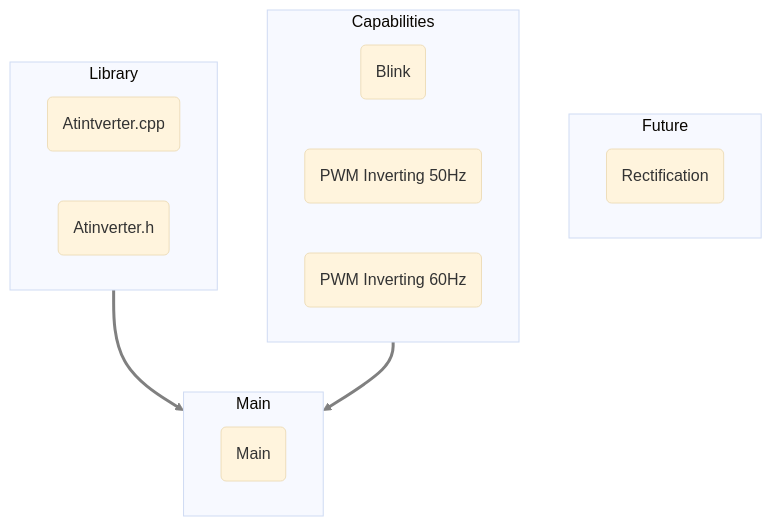
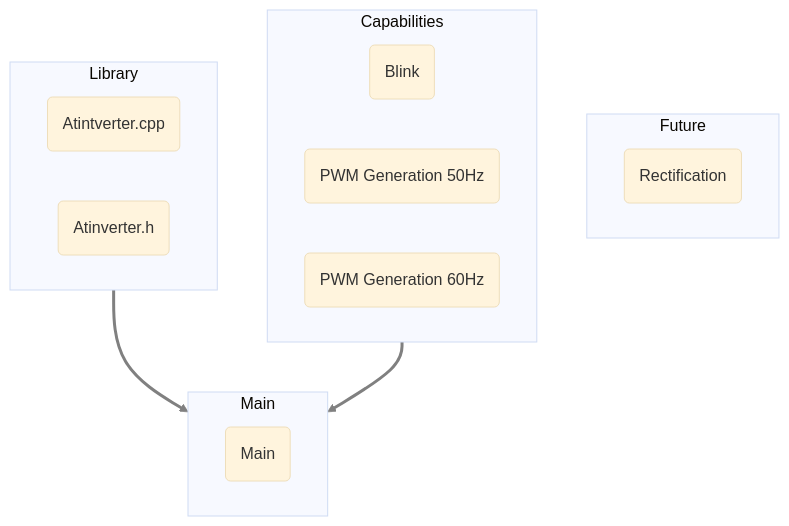
The diagram in docs/software/software.md (bcarrillo1051/Atinverter), drawn with Mermaid before and after one commit. The commit also changed 4 other files, not shown here.

````diff
--- a/docs/software/software.md
+++ b/docs/software/software.md
@@ -14,42 +14,42 @@
 ```mermaid
    
    %%{init: {'theme':'base'}}%%
    flowchart TB
 
     subgraph Future
        G(Rectification)
         
     end
 
     subgraph Capabilities
        D(Blink)
-       E(PWM Inverting 50Hz)
-       F(PWM Inverting 60Hz)
+       E(PWM Generation 50Hz)
+       F(PWM Generation 60Hz)
 
     end
 
     subgraph Main
         C(Main)
     end
 
     subgraph Library
        A(Atintverter.cpp) 
        B(Atinverter.h)
     end
 
 
     Library-->Main
     Capabilities-->Main
 
     %% Change color of arrow heads
     %%{init: {'themeVariables': {'lineColor': 'grey'}}}%%
 
     %% Apply color to the arrows
     %% 0: 1st arrow (Library --> Main) 1: 2nd arrow (Capabilities --> Main)
     linkStyle 0 stroke:grey, stroke-width:3px;
     linkStyle 1 stroke:grey, stroke-width:3px;
 
-    %% Adding clickable links
-    click E "PWM_inverting" "PWM Inverting"
-    click F "PWM_inverting" "PWM Inverting"
+    %% Adding clickable links, Syntax: Destination ref, hover label
+    click E "PWM_control" "PWM Generation"
+    click F "PWM_control" "PWM Generation"
 ```
````
